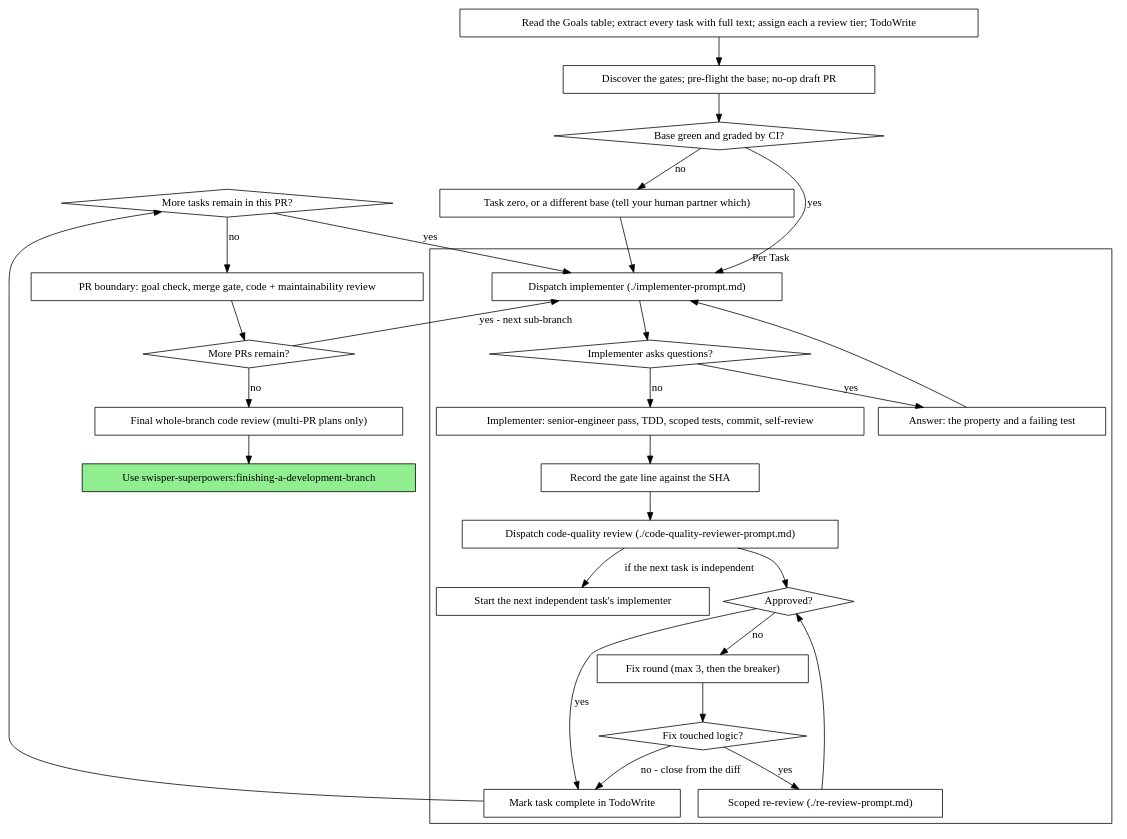
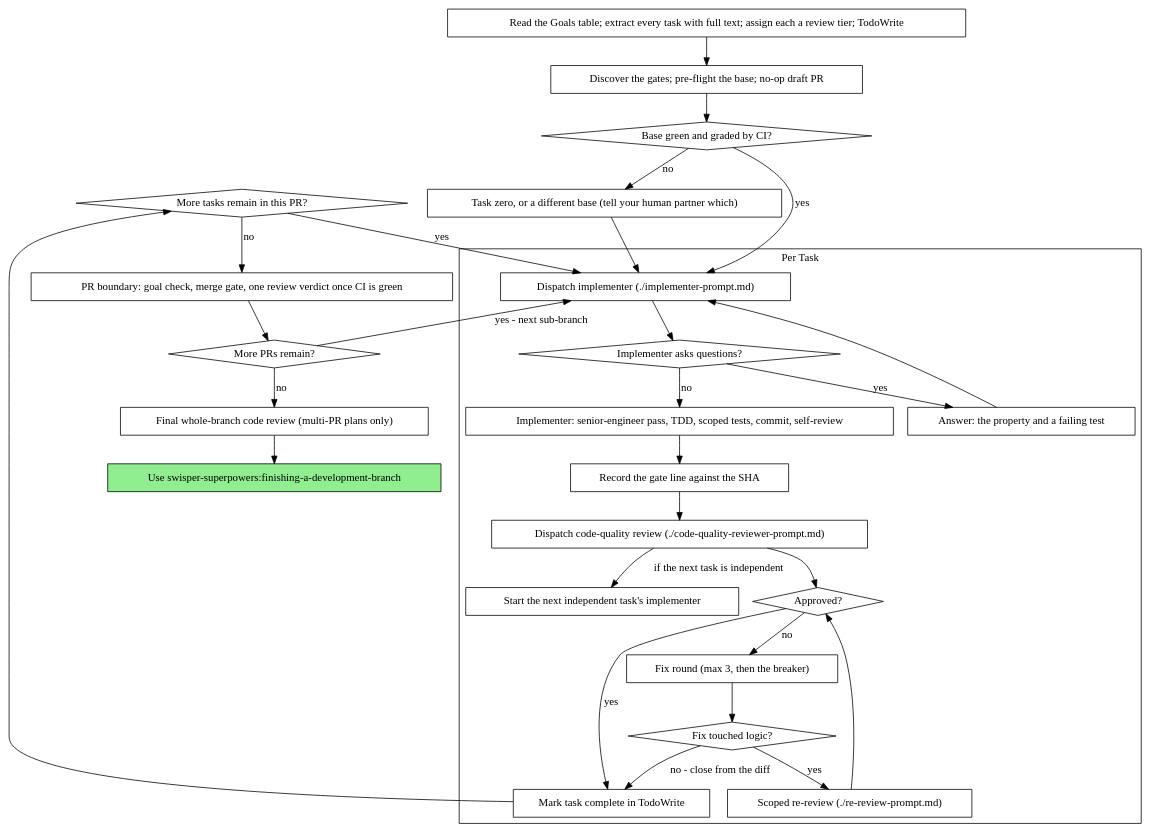
The second of 2 diagrams in skills/subagent-driven-development/SKILL.md (Fintama/swisper-superpowers), drawn with Graphviz before and after one commit. The commit also changed other lines of this file and 12 other files, not shown here.

First line of the commit message:
feat(skills): lean testing and review — curate tests at PR time, one review verdict per PR; release 1.12.0

````diff
--- a/skills/subagent-driven-development/SKILL.md
+++ b/skills/subagent-driven-development/SKILL.md
@@ -42,58 +42,58 @@
 ```dot
 digraph process {
     rankdir=TB;
 
     subgraph cluster_per_task {
         label="Per Task";
         "Dispatch implementer (./implementer-prompt.md)" [shape=box];
         "Implementer asks questions?" [shape=diamond];
         "Answer: the property and a failing test" [shape=box];
         "Implementer: senior-engineer pass, TDD, scoped tests, commit, self-review" [shape=box];
         "Record the gate line against the SHA" [shape=box];
         "Dispatch code-quality review (./code-quality-reviewer-prompt.md)" [shape=box];
         "Start the next independent task's implementer" [shape=box];
         "Approved?" [shape=diamond];
         "Fix round (max 3, then the breaker)" [shape=box];
         "Fix touched logic?" [shape=diamond];
         "Scoped re-review (./re-review-prompt.md)" [shape=box];
         "Mark task complete in TodoWrite" [shape=box];
     }
 
     "Read the Goals table; extract every task with full text; assign each a review tier; TodoWrite" [shape=box];
     "Discover the gates; pre-flight the base; no-op draft PR" [shape=box];
     "Base green and graded by CI?" [shape=diamond];
     "Task zero, or a different base (tell your human partner which)" [shape=box];
     "More tasks remain in this PR?" [shape=diamond];
-    "PR boundary: goal check, merge gate, code + maintainability review" [shape=box];
+    "PR boundary: goal check, merge gate, one review verdict once CI is green" [shape=box];
     "More PRs remain?" [shape=diamond];
     "Final whole-branch code review (multi-PR plans only)" [shape=box];
     "Use swisper-superpowers:finishing-a-development-branch" [shape=box style=filled fillcolor=lightgreen];
 
     "Read the Goals table; extract every task with full text; assign each a review tier; TodoWrite" -> "Discover the gates; pre-flight the base; no-op draft PR";
     "Discover the gates; pre-flight the base; no-op draft PR" -> "Base green and graded by CI?";
     "Base green and graded by CI?" -> "Task zero, or a different base (tell your human partner which)" [label="no"];
     "Task zero, or a different base (tell your human partner which)" -> "Dispatch implementer (./implementer-prompt.md)";
     "Base green and graded by CI?" -> "Dispatch implementer (./implementer-prompt.md)" [label="yes"];
     "Dispatch implementer (./implementer-prompt.md)" -> "Implementer asks questions?";
     "Implementer asks questions?" -> "Answer: the property and a failing test" [label="yes"];
     "Answer: the property and a failing test" -> "Dispatch implementer (./implementer-prompt.md)";
     "Implementer asks questions?" -> "Implementer: senior-engineer pass, TDD, scoped tests, commit, self-review" [label="no"];
     "Implementer: senior-engineer pass, TDD, scoped tests, commit, self-review" -> "Record the gate line against the SHA";
     "Record the gate line against the SHA" -> "Dispatch code-quality review (./code-quality-reviewer-prompt.md)";
     "Dispatch code-quality review (./code-quality-reviewer-prompt.md)" -> "Start the next independent task's implementer" [label="if the next task is independent"];
     "Dispatch code-quality review (./code-quality-reviewer-prompt.md)" -> "Approved?";
     "Approved?" -> "Mark task complete in TodoWrite" [label="yes"];
     "Approved?" -> "Fix round (max 3, then the breaker)" [label="no"];
     "Fix round (max 3, then the breaker)" -> "Fix touched logic?";
     "Fix touched logic?" -> "Scoped re-review (./re-review-prompt.md)" [label="yes"];
     "Fix touched logic?" -> "Mark task complete in TodoWrite" [label="no - close from the diff"];
     "Scoped re-review (./re-review-prompt.md)" -> "Approved?";
     "Mark task complete in TodoWrite" -> "More tasks remain in this PR?";
     "More tasks remain in this PR?" -> "Dispatch implementer (./implementer-prompt.md)" [label="yes"];
-    "More tasks remain in this PR?" -> "PR boundary: goal check, merge gate, code + maintainability review" [label="no"];
-    "PR boundary: goal check, merge gate, code + maintainability review" -> "More PRs remain?";
+    "More tasks remain in this PR?" -> "PR boundary: goal check, merge gate, one review verdict once CI is green" [label="no"];
+    "PR boundary: goal check, merge gate, one review verdict once CI is green" -> "More PRs remain?";
     "More PRs remain?" -> "Dispatch implementer (./implementer-prompt.md)" [label="yes - next sub-branch"];
     "More PRs remain?" -> "Final whole-branch code review (multi-PR plans only)" [label="no"];
     "Final whole-branch code review (multi-PR plans only)" -> "Use swisper-superpowers:finishing-a-development-branch";
 }
 ```
````
